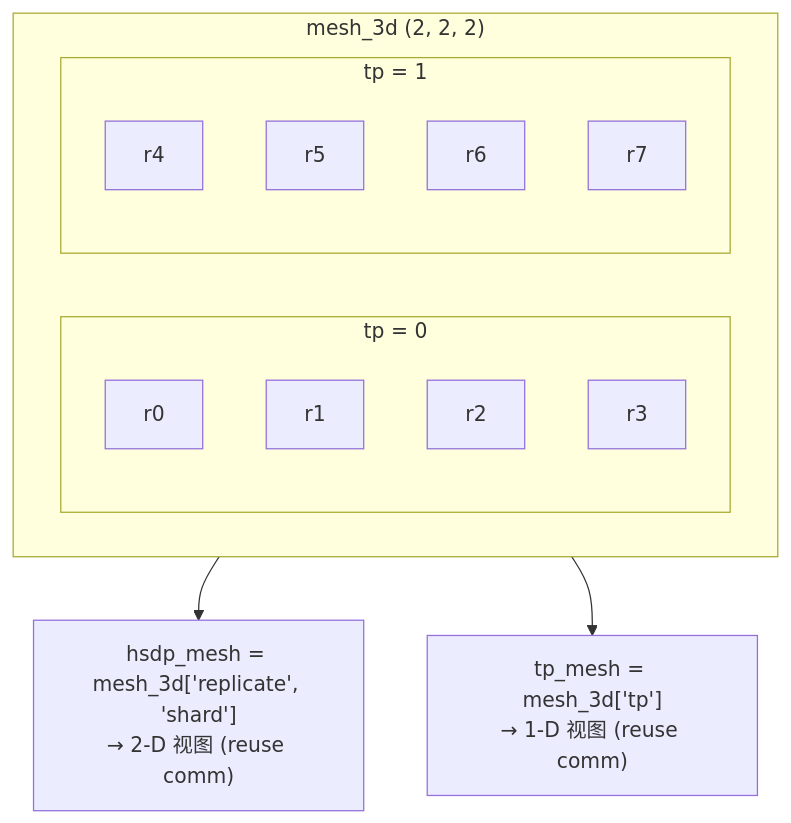
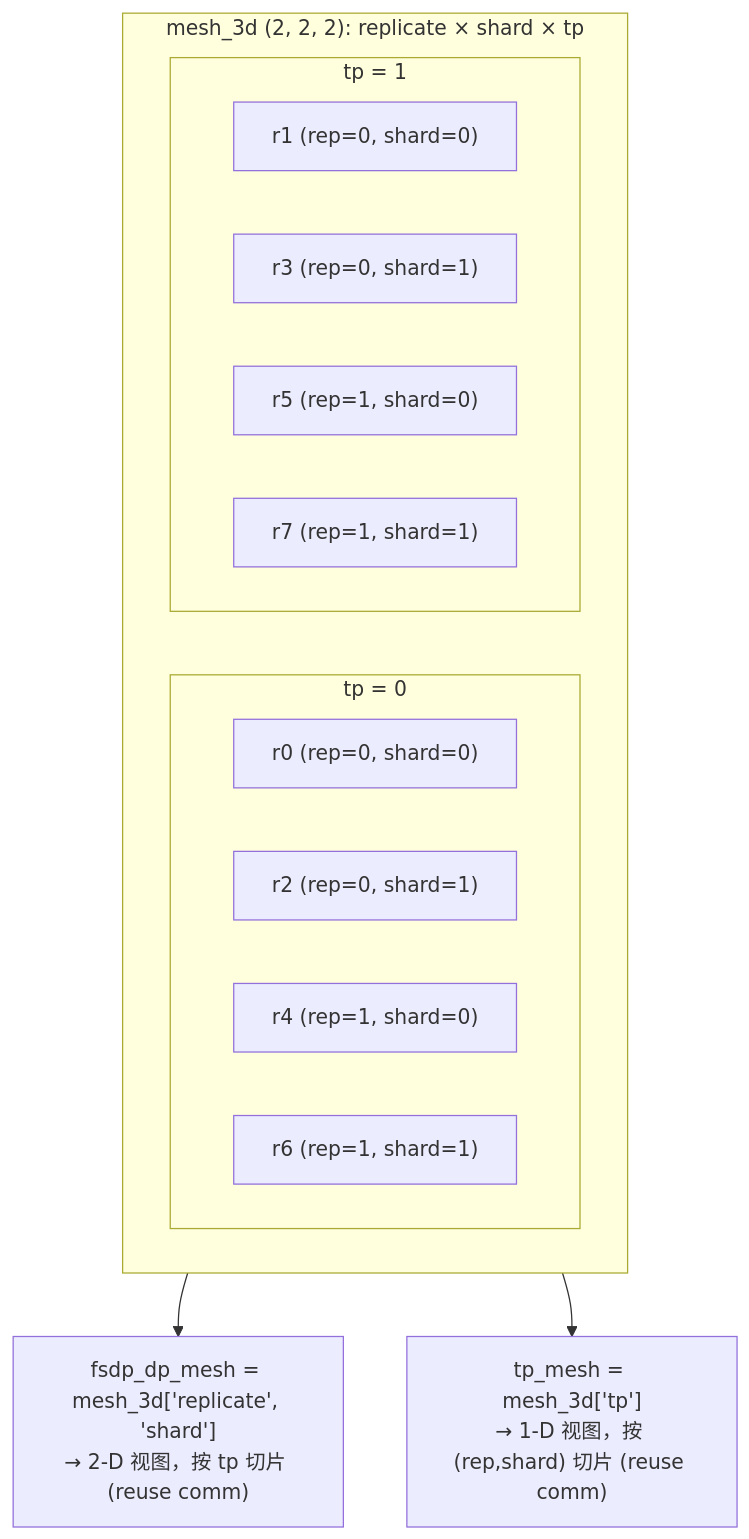
Before and after one commit to jianzhnie/ScaleTorch: the seventh of 7 diagrams in docs/device_mesh.md, drawn with Mermaid. The commit also changed other lines of this file and 1 other file, not shown here.

First line of the commit message:
docs: rename HSDP to FSDP+DP in examples and docs

````diff
--- a/docs/device_mesh.md
+++ b/docs/device_mesh.md
@@ -702,23 +701,25 @@
 ```mermaid
 graph TB
-    subgraph mesh_3d["mesh_3d (2, 2, 2)"]
+    subgraph mesh_3d["mesh_3d (2, 2, 2): replicate × shard × tp"]
         subgraph tp0["tp = 0"]
-            r00["r0"]
-            r01["r1"]
-            r10["r2"]
-            r11["r3"]
+            direction LR
+            r0["r0 (rep=0, shard=0)"]
+            r2["r2 (rep=0, shard=1)"]
+            r4["r4 (rep=1, shard=0)"]
+            r6["r6 (rep=1, shard=1)"]
         end
         subgraph tp1["tp = 1"]
-            r20["r4"]
-            r21["r5"]
-            r30["r6"]
-            r31["r7"]
+            direction LR
+            r1["r1 (rep=0, shard=0)"]
+            r3["r3 (rep=0, shard=1)"]
+            r5["r5 (rep=1, shard=0)"]
+            r7["r7 (rep=1, shard=1)"]
         end
     end
 
-    hsdp["hsdp_mesh = mesh_3d['replicate', 'shard']<br/>→ 2-D 视图 (reuse comm)"]
-    tpm["tp_mesh = mesh_3d['tp']<br/>→ 1-D 视图 (reuse comm)"]
+    fsdp_dp["fsdp_dp_mesh = mesh_3d['replicate', 'shard']<br/>→ 2-D 视图，按 tp 切片 (reuse comm)"]
+    tpm["tp_mesh = mesh_3d['tp']<br/>→ 1-D 视图，按 (rep,shard) 切片 (reuse comm)"]
 
-    mesh_3d --> hsdp
+    mesh_3d --> fsdp_dp
     mesh_3d --> tpm
 ```
````
